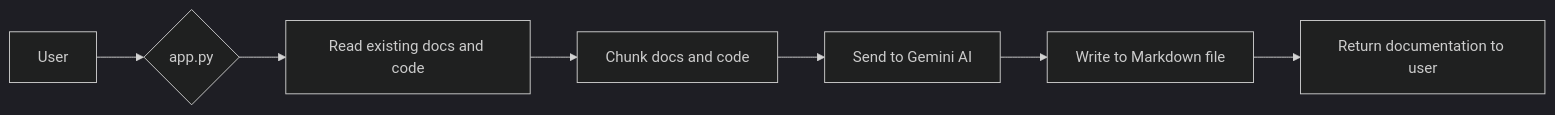
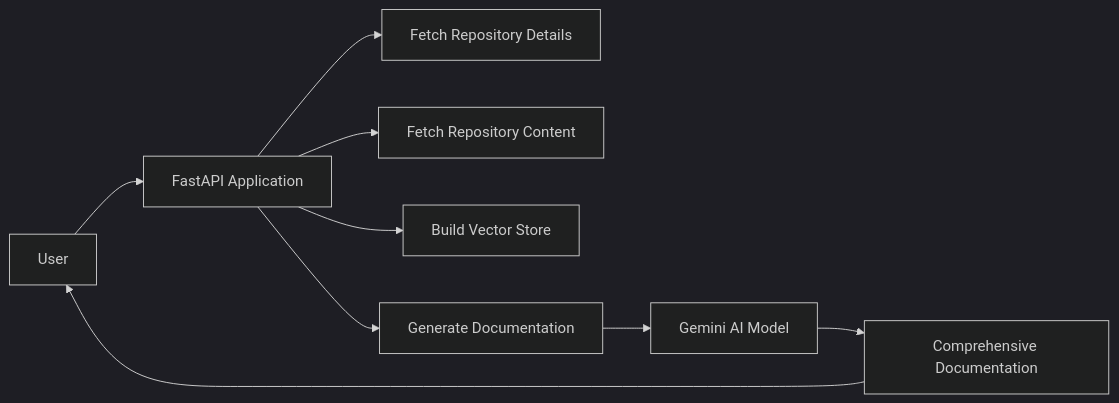
One commit to shivangjain03/github-doc changed the first of 2 diagrams in docs.md. Above: the diagram before and after it, drawn with Mermaid (dark theme). The commit also changed other lines of this file, not shown here.

````diff
--- a/docs.md
+++ b/docs.md
@@ -65,9 +59,11 @@
 ```mermaid
 graph LR
-A[User] --> B{app.py}
-B --> C[Read existing docs and code]
-C --> D[Chunk docs and code]
-D --> E[Send to Gemini AI]
-E --> F[Write to Markdown file]
-F --> G[Return documentation to user]
+  A[User] --> B[FastAPI Application]
+  B --> C[Fetch Repository Details]
+  B --> D[Fetch Repository Content]
+  B --> E[Build Vector Store]
+  B --> F[Generate Documentation]
+  F --> G[Gemini AI Model]
+  G --> H[Comprehensive Documentation]
+  H --> A
 ```
````
